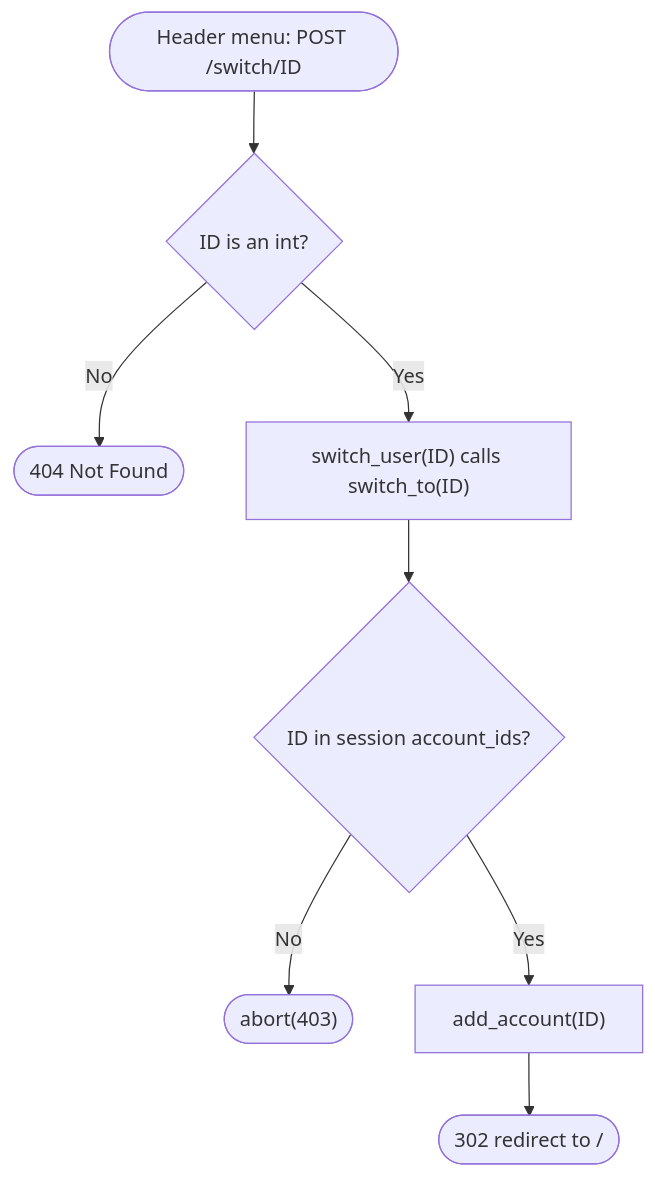
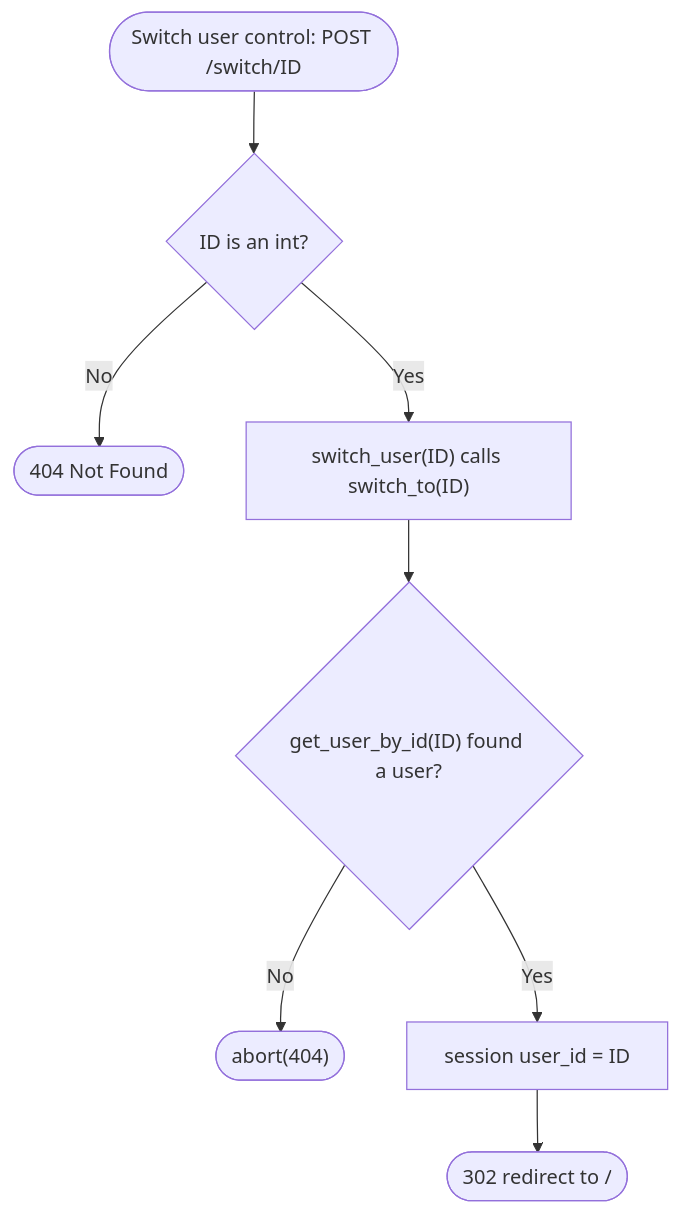
Before and after one commit to GreenDAS/url_shortener: the first of 2 diagrams in docs/specs/user-swap.md, drawn with Mermaid. The commit also changed other lines of this file and 2 other files, not shown here.

````diff
--- a/docs/specs/user-swap.md
+++ b/docs/specs/user-swap.md
@@ -72,10 +66,10 @@
 ```mermaid
 flowchart TD
-    A(["Header menu: POST /switch/ID"]) --> B{"ID is an int?"}
+    A(["Switch user control: POST /switch/ID"]) --> B{"ID is an int?"}
     B -->|No| X0([404 Not Found])
     B -->|Yes| C["switch_user(ID) calls switch_to(ID)"]
-    C --> D{"ID in session account_ids?"}
-    D -->|No| X1(["abort(403)"])
-    D -->|Yes| E["add_account(ID)"]
+    C --> D{"get_user_by_id(ID) found a user?"}
+    D -->|No| X1(["abort(404)"])
+    D -->|Yes| E["session user_id = ID"]
     E --> F([302 redirect to /])
 ```
````
